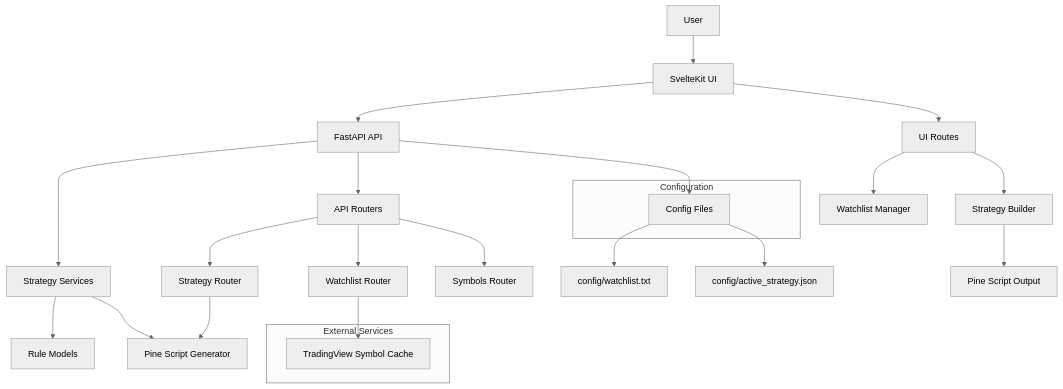
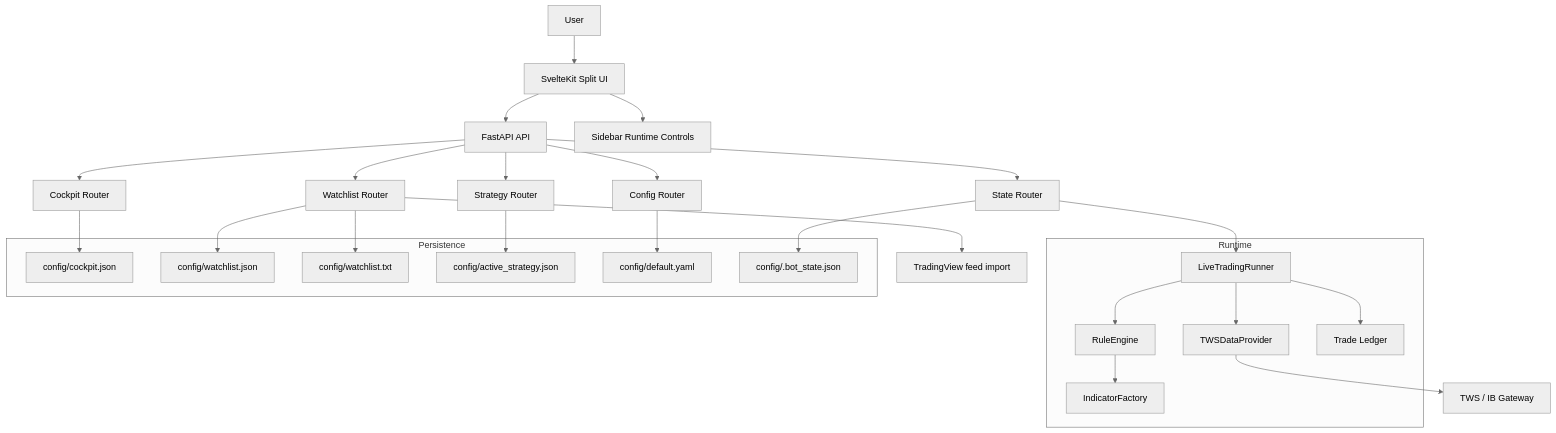
The diagram in architecture.md (Boostao/tws_tradingbot), drawn with Mermaid (neutral theme) before and after one commit. The commit also changed other lines of this file and 41 other files, not shown here.

````diff
--- a/architecture.md
+++ b/architecture.md
@@ -5,34 +5,46 @@
 ```mermaid
 graph TD
-    A[User] --> B[SvelteKit UI]
+    A[User] --> B[SvelteKit Split UI]
     B --> C[FastAPI API]
-    C --> D[Strategy Services]
+    B --> D[Sidebar Runtime Controls]
 
-    D --> I[Rule Models]
-    D --> J[Pine Script Generator]
+    C --> E[Cockpit Router]
+    C --> F[Watchlist Router]
+    C --> G[Strategy Router]
+    C --> H[Config Router]
+    C --> I[State Router]
 
-    C --> K[API Routers]
-    K --> L[Strategy Router]
-    K --> M[Watchlist Router]
-    K --> N[Symbols Router]
+    E --> J[config/cockpit.json]
+    F --> K[config/watchlist.json]
+    F --> L[config/watchlist.txt]
+    G --> M[config/active_strategy.json]
+    H --> N[config/default.yaml]
+    I --> O[config/.bot_state.json]
 
-    B --> O[UI Routes]
-    O --> P[Watchlist Manager]
-    O --> Q[Strategy Builder]
-    Q --> R[Pine Script Output]
+    I --> P[LiveTradingRunner]
+    P --> Q[RuleEngine]
+    Q --> R[IndicatorFactory]
+    P --> S[TWSDataProvider]
+    P --> T[Trade Ledger]
 
-    C --> S[Config Files]
-    S --> T[config/watchlist.txt]
-    S --> U[config/active_strategy.json]
+    S --> U[TWS / IB Gateway]
 
-    M --> V[TradingView Symbol Cache]
-    L --> J
+    F --> W[TradingView feed import]
 
-    subgraph "External Services"
-        V
+    subgraph Runtime
+        P
+        Q
+        R
+        S
+        T
     end
 
-    subgraph "Configuration"
-        S
+    subgraph Persistence
+        J
+        K
+        L
+        M
+        N
+        O
     end
 ```
````
